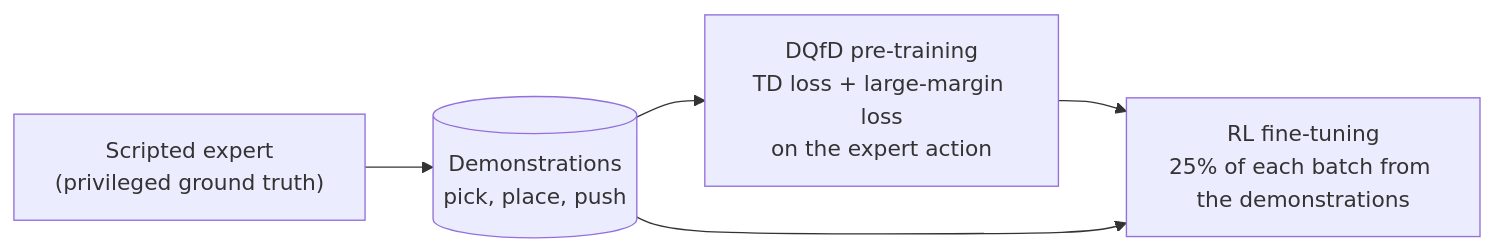
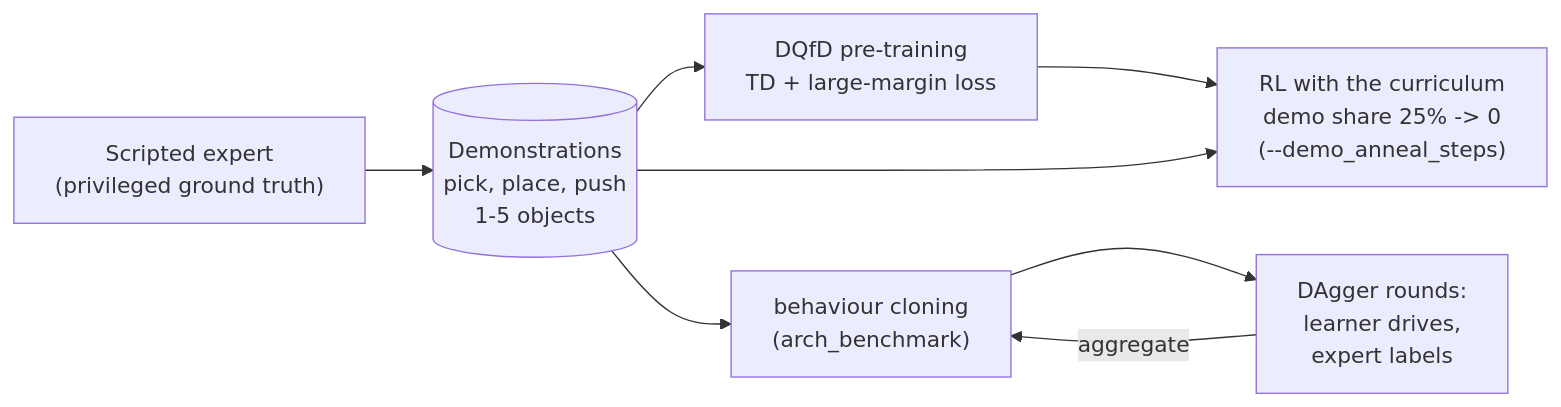
Before and after one commit to alessandropalleschi/Learning2Rearrange: the eighth of 8 diagrams in README.md, drawn with Mermaid. The commit also changed other lines of this file and 6 other files, not shown here.

Commit message:
README: agents and networks (dense variants, object-centric agent), DAgger and demo annealing, benchmark and closed-loop results; figures of the scene, episode, observation and Q-maps (scripts/make_figures.py)

````diff
--- a/README.md
+++ b/README.md
@@ -302,7 +382,10 @@
 ```mermaid
 flowchart LR
-    X["Scripted expert<br/>(privileged ground truth)"] --> D[("Demonstrations<br/>pick, place, push")]
-    D --> PT["DQfD pre-training<br/>TD loss + large-margin loss<br/>on the expert action"]
-    PT --> RL["RL fine-tuning<br/>25% of each batch from the demonstrations"]
+    X["Scripted expert<br/>(privileged ground truth)"] --> D[("Demonstrations<br/>pick, place, push<br/>1-5 objects")]
+    D --> PT["DQfD pre-training<br/>TD + large-margin loss"]
+    PT --> RL["RL with the curriculum<br/>demo share 25% -> 0<br/>(--demo_anneal_steps)"]
     D --> RL
+    D --> BC["behaviour cloning<br/>(arch_benchmark)"]
+    BC --> DAG["DAgger rounds:<br/>learner drives,<br/>expert labels"]
+    DAG -->|aggregate| BC
 ```
````
